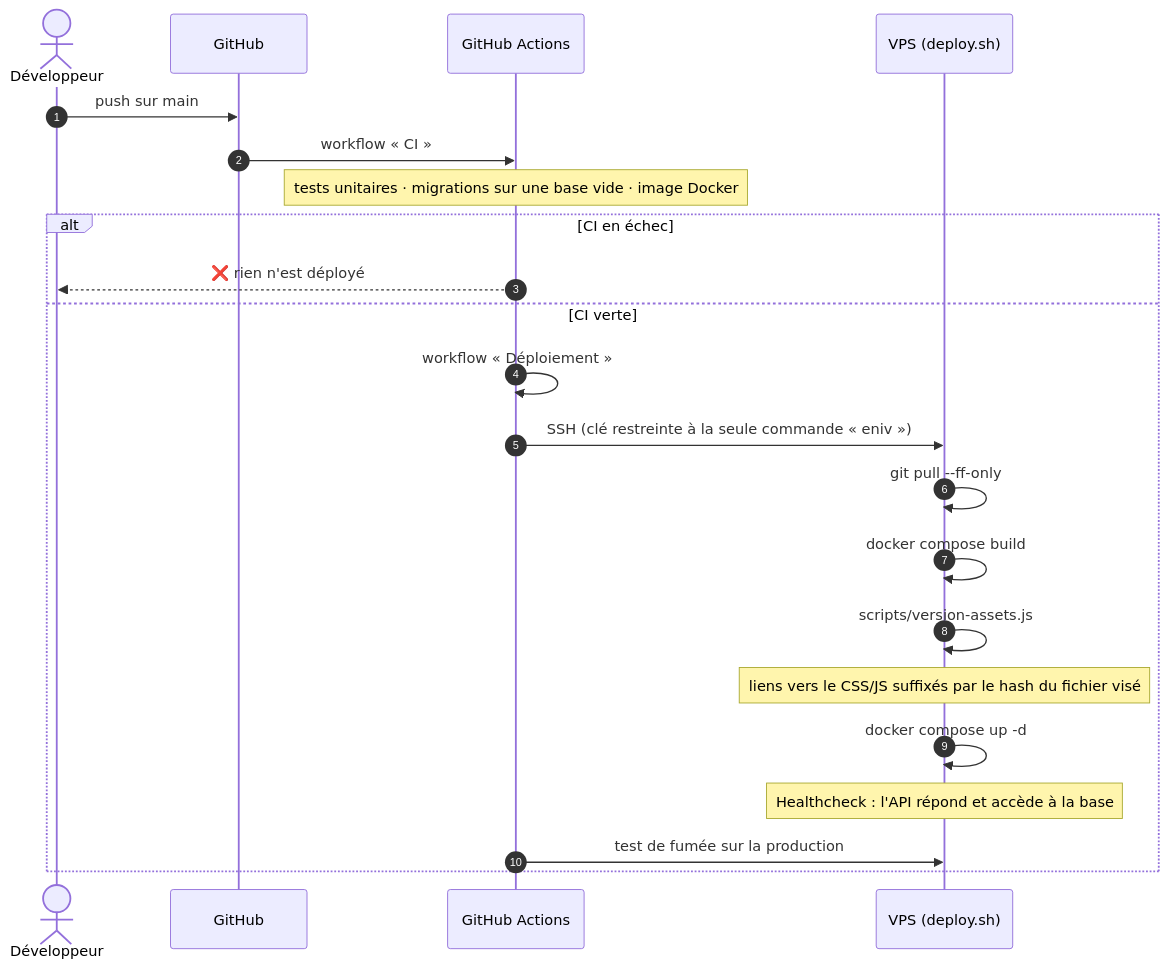
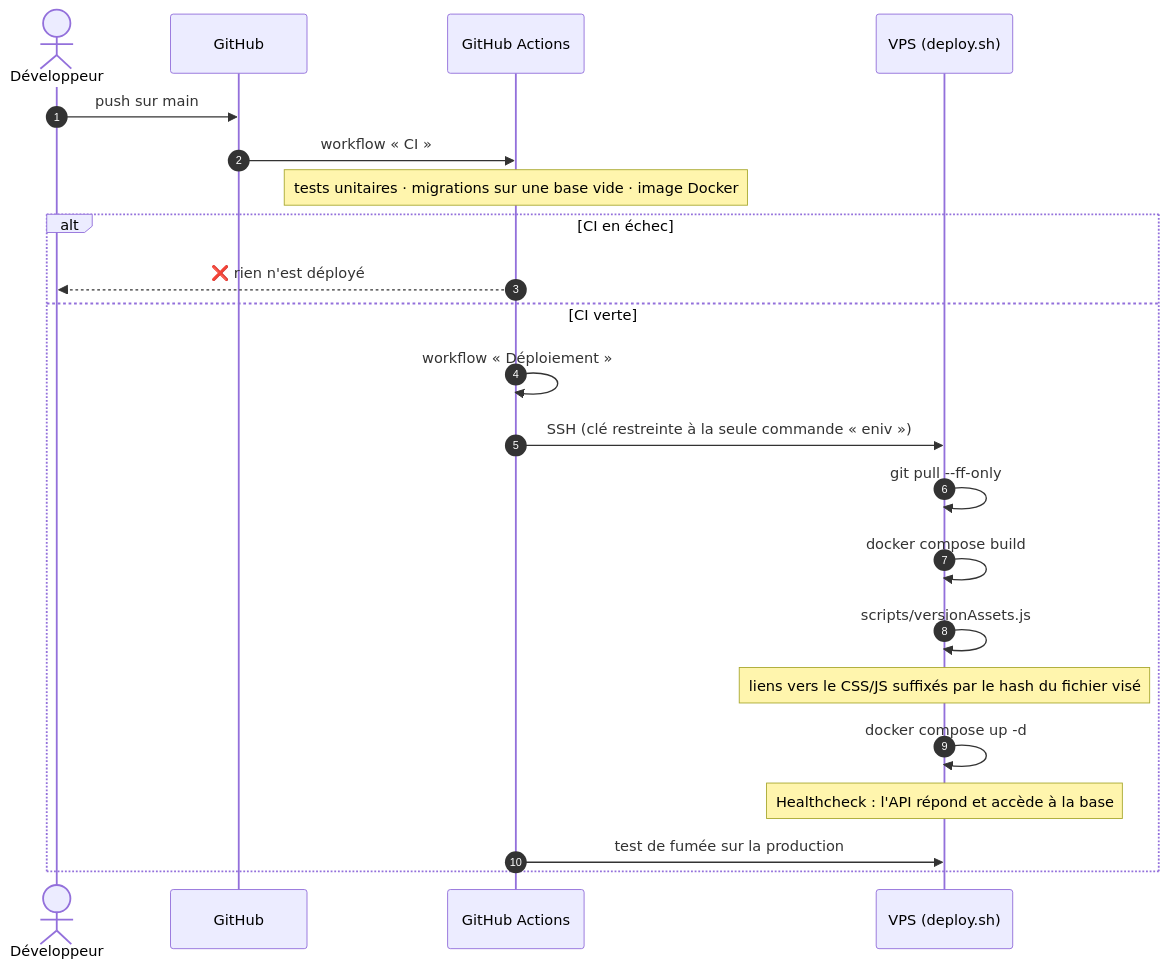
The second of 2 diagrams in README.md (ENIV-ENT/ENIV), drawn with Mermaid before and after one commit. The commit also changed other lines of this file and 8 other files, not shown here.

````diff
--- a/README.md
+++ b/README.md
@@ -221,24 +221,24 @@
 ```mermaid
 sequenceDiagram
     autonumber
     actor Dev as Développeur
     participant GH as GitHub
     participant GA as GitHub Actions
     participant VPS as VPS (deploy.sh)
     Dev->>GH: push sur main
     GH->>GA: workflow « CI »
     Note over GA: tests unitaires · migrations sur une base vide · image Docker
     alt CI en échec
         GA-->>Dev: ❌ rien n'est déployé
     else CI verte
         GA->>GA: workflow « Déploiement »
         GA->>VPS: SSH (clé restreinte à la seule commande « eniv »)
         VPS->>VPS: git pull --ff-only
         VPS->>VPS: docker compose build
-        VPS->>VPS: scripts/version-assets.js
+        VPS->>VPS: scripts/versionAssets.js
         Note over VPS: liens vers le CSS/JS suffixés par le hash du fichier visé
         VPS->>VPS: docker compose up -d
         Note over VPS: Healthcheck : l'API répond et accède à la base
         GA->>VPS: test de fumée sur la production
     end
 ```
````
